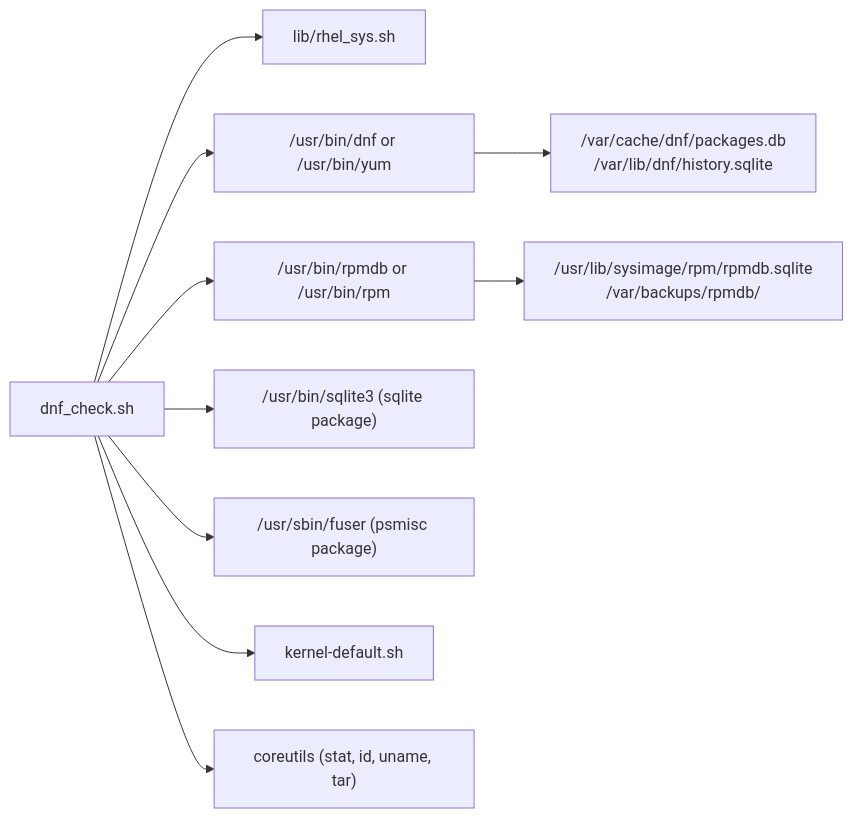
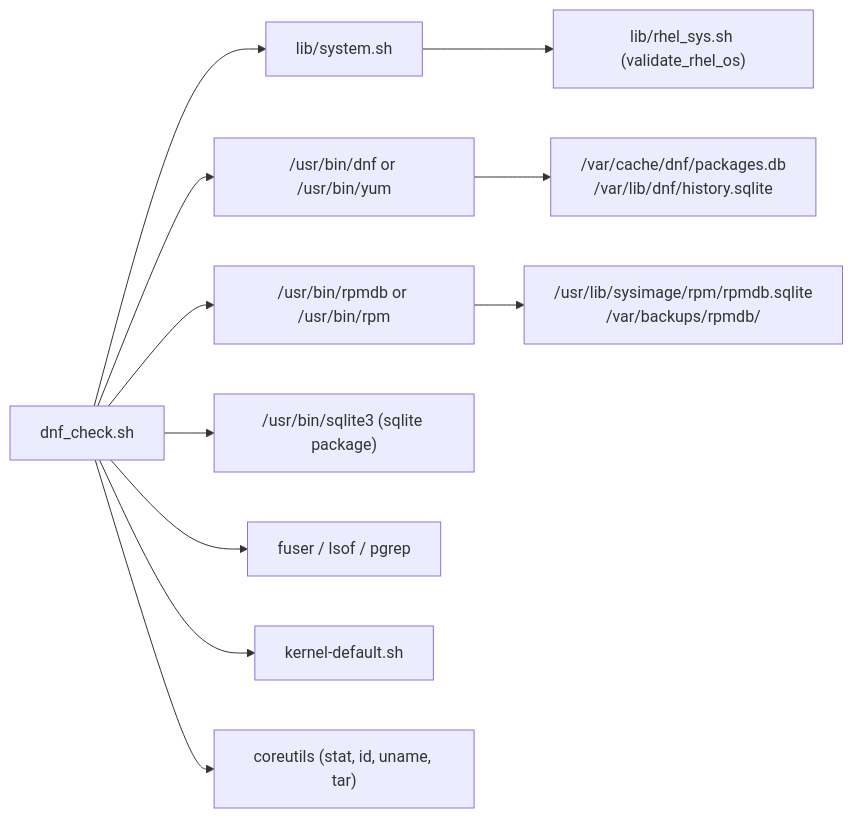
One commit to edsilegxrepo/devops changed the third of 4 diagrams in os_sys/dnf_check_README.md. Above: the diagram before and after it, drawn with Mermaid. The commit also changed other lines of this file and 6 other files, not shown here.

Commit message:
refactor(os_sys): consolidate DRY v2.0.0 libs, harden dnf_check/kernel-default, and align READMEs

````diff
--- a/os_sys/dnf_check_README.md
+++ b/os_sys/dnf_check_README.md
@@ -142,13 +143,14 @@
 ```mermaid
 graph LR
-    Main["dnf_check.sh"] --> LibRhel["lib/rhel_sys.sh"]
+    Main["dnf_check.sh"] --> LibSys["lib/system.sh"]
+    LibSys --> LibRhel["lib/rhel_sys.sh (validate_rhel_os)"]
     Main --> BinaryDNF["/usr/bin/dnf or /usr/bin/yum"]
     Main --> BinaryRPM["/usr/bin/rpmdb or /usr/bin/rpm"]
     Main --> BinarySqlite["/usr/bin/sqlite3 (sqlite package)"]
-    Main --> BinaryFuser["/usr/sbin/fuser (psmisc package)"]
+    Main --> BinaryFuser["fuser / lsof / pgrep"]
     Main --> SubKernel["kernel-default.sh"]
     Main --> CoreUtils["coreutils (stat, id, uname, tar)"]
     
     BinaryDNF --> DNFDatabases["/var/cache/dnf/packages.db<br/>/var/lib/dnf/history.sqlite"]
     BinaryRPM --> RPMDatabases["/usr/lib/sysimage/rpm/rpmdb.sqlite<br/>/var/backups/rpmdb/"]
 ```
````
